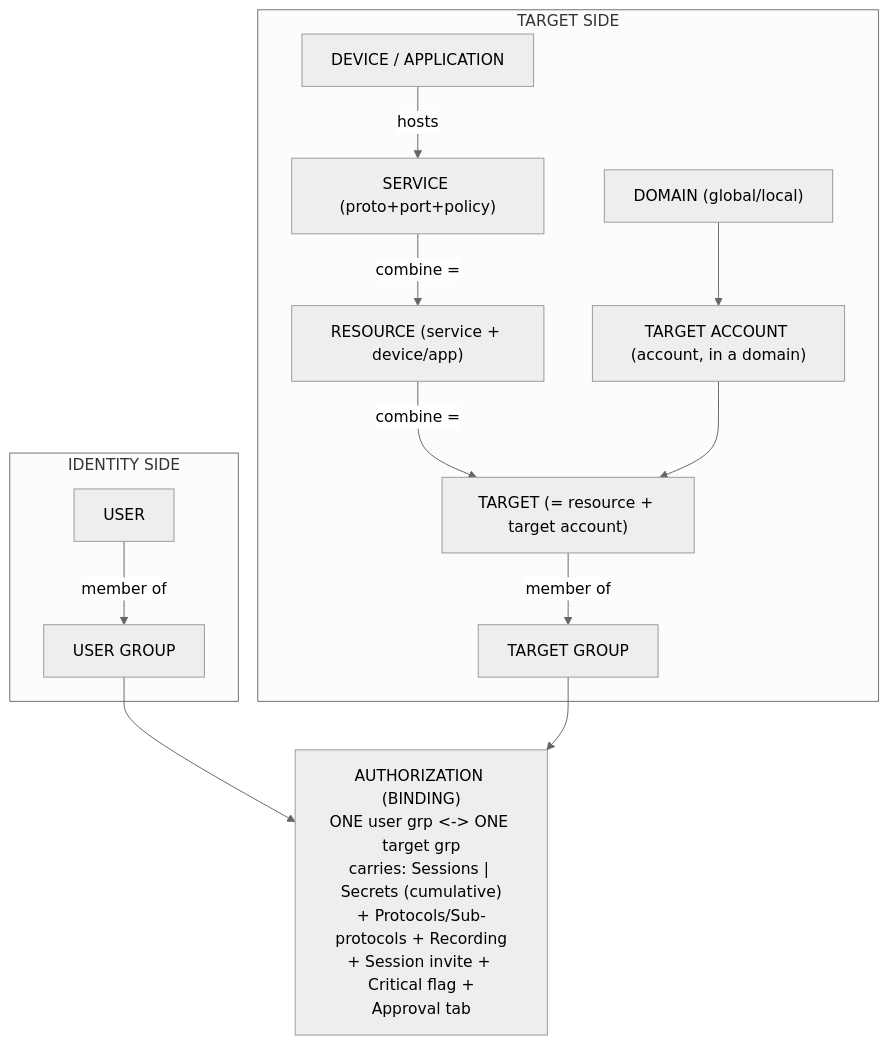
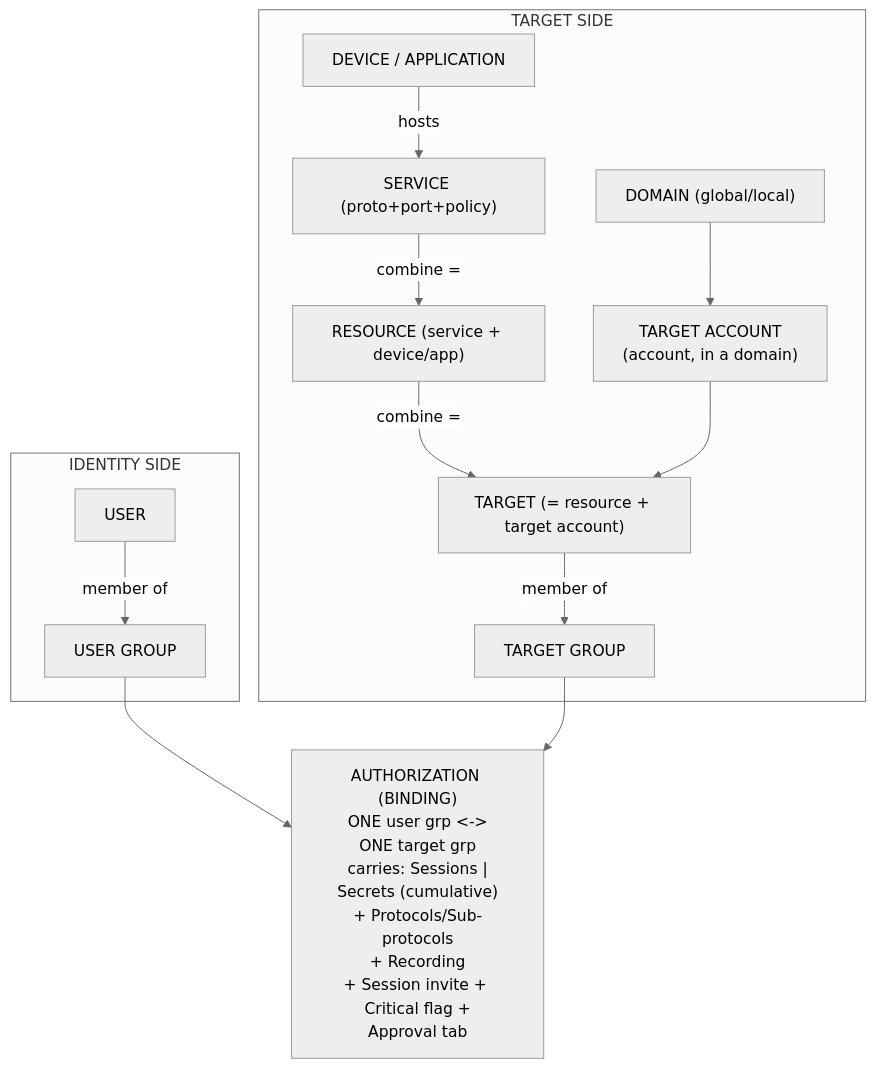
One commit to morandeirachema/WallixCerts changed the diagram in certs/wallix/exam-prep/cheat-sheet.md. Above: the diagram before and after it, drawn with Mermaid (neutral theme). The commit also changed 35 other files, not shown here.

First line of the commit message:
Tidy Mermaid boxes: balanced wrapping at a narrower width (36)

````diff
--- a/certs/wallix/exam-prep/cheat-sheet.md
+++ b/certs/wallix/exam-prep/cheat-sheet.md
@@ -51,29 +51,29 @@
 ```mermaid
 flowchart TD
     subgraph IDENTITY["IDENTITY SIDE"]
         USER["USER"]
         USERGROUP["USER GROUP"]
         USER -->|"member of"| USERGROUP
     end
 
     subgraph TARGETSIDE["TARGET SIDE"]
         DEVAPP["DEVICE / APPLICATION"]
         SERVICE["SERVICE (proto+port+policy)"]
         RESOURCE["RESOURCE (service + device/app)"]
         DOMAIN["DOMAIN (global/local)"]
-        TACCOUNT["TARGET ACCOUNT (account, in a domain)"]
+        TACCOUNT["TARGET ACCOUNT<br/>(account, in a domain)"]
         TARGET["TARGET (= resource + target account)"]
         TARGETGROUP["TARGET GROUP"]
         DEVAPP -->|"hosts"| SERVICE
         SERVICE -->|"combine ="| RESOURCE
         DOMAIN --> TACCOUNT
         RESOURCE -->|"combine ="| TARGET
         TACCOUNT --> TARGET
         TARGET -->|"member of"| TARGETGROUP
     end
 
-    AUTHZ["AUTHORIZATION (BINDING)<br/>ONE user grp &lt;-&gt; ONE target grp<br/>carries: Sessions | Secrets (cumulative)<br/>+ Protocols/Sub-protocols + Recording<br/>+ Session invite + Critical flag +<br/>Approval tab"]
+    AUTHZ["AUTHORIZATION (BINDING)<br/>ONE user grp &lt;-&gt;<br/>ONE target grp<br/>carries: Sessions |<br/>Secrets (cumulative)<br/>+ Protocols/Sub-protocols<br/>+ Recording<br/>+ Session invite + Critical flag +<br/>Approval tab"]
 
     USERGROUP --> AUTHZ
     TARGETGROUP --> AUTHZ
 ```
````
